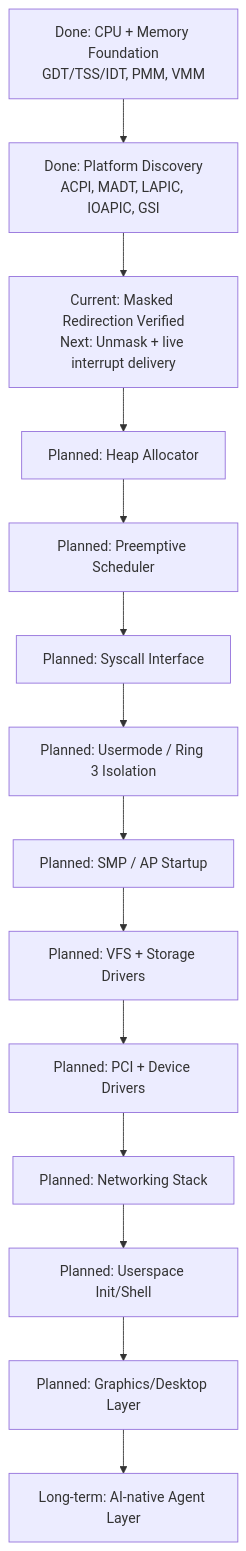
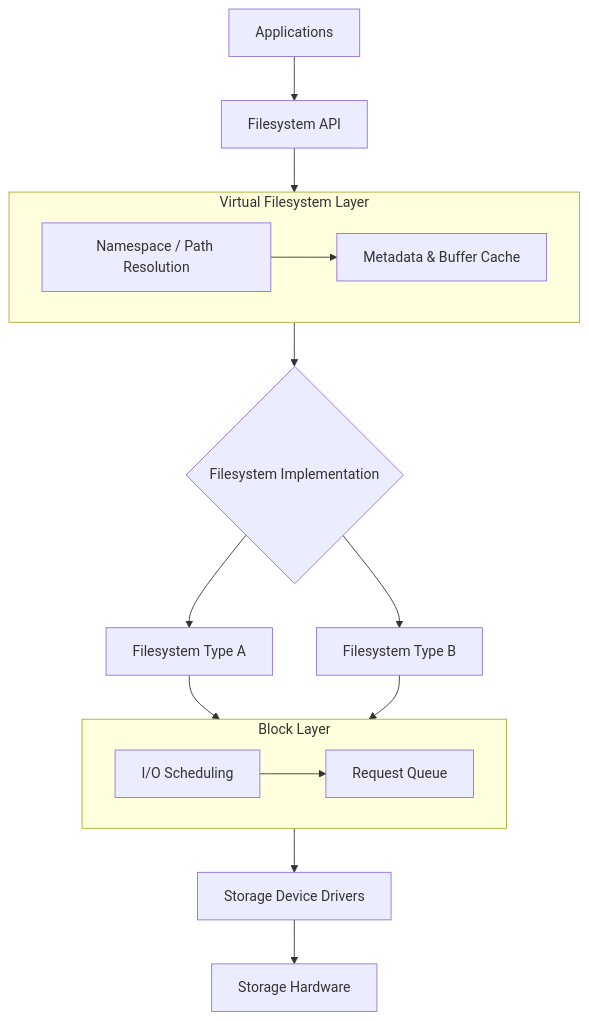
Before and after one commit to aliashrafabbasi/batos-os: the seventh of 13 diagrams in README.md, drawn with Mermaid. The commit also changed other lines of this file, not shown here.

````diff
--- a/README.md
+++ b/README.md
@@ -247,16 +288,25 @@
 ```mermaid
 flowchart TD
-    A["Done: CPU + Memory Foundation<br/>GDT/TSS/IDT, PMM, VMM"] --> B["Done: Platform Discovery<br/>ACPI, MADT, LAPIC, IOAPIC, GSI"]
-    B --> C["Current: Masked Redirection Verified<br/>Next: Unmask + live interrupt delivery"]
-    C --> D["Planned: Heap Allocator"]
-    D --> E["Planned: Preemptive Scheduler"]
-    E --> F["Planned: Syscall Interface"]
-    F --> G["Planned: Usermode / Ring 3 Isolation"]
-    G --> H["Planned: SMP / AP Startup"]
-    H --> I["Planned: VFS + Storage Drivers"]
-    I --> J["Planned: PCI + Device Drivers"]
-    J --> K["Planned: Networking Stack"]
-    K --> L["Planned: Userspace Init/Shell"]
-    L --> M["Planned: Graphics/Desktop Layer"]
-    M --> N["Long-term: AI-native Agent Layer"]
+    APP["Applications"] --> FSAPI["Filesystem API"]
+    FSAPI --> VFS["Virtual Filesystem Layer"]
+
+    subgraph VFS["Virtual Filesystem Layer"]
+        direction LR
+        NS["Namespace / Path Resolution"] --> CACHE["Metadata & Buffer Cache"]
+    end
+
+    VFS --> FSDRV{"Filesystem Implementation"}
+    FSDRV --> FS1["Filesystem Type A"]
+    FSDRV --> FS2["Filesystem Type B"]
+
+    FS1 --> BLOCK["Block Layer"]
+    FS2 --> BLOCK
+
+    subgraph BLOCK["Block Layer"]
+        direction LR
+        SCHED2["I/O Scheduling"] --> QUEUE["Request Queue"]
+    end
+
+    BLOCK --> STORDRV["Storage Device Drivers"]
+    STORDRV --> HW2["Storage Hardware"]
 ```
````
